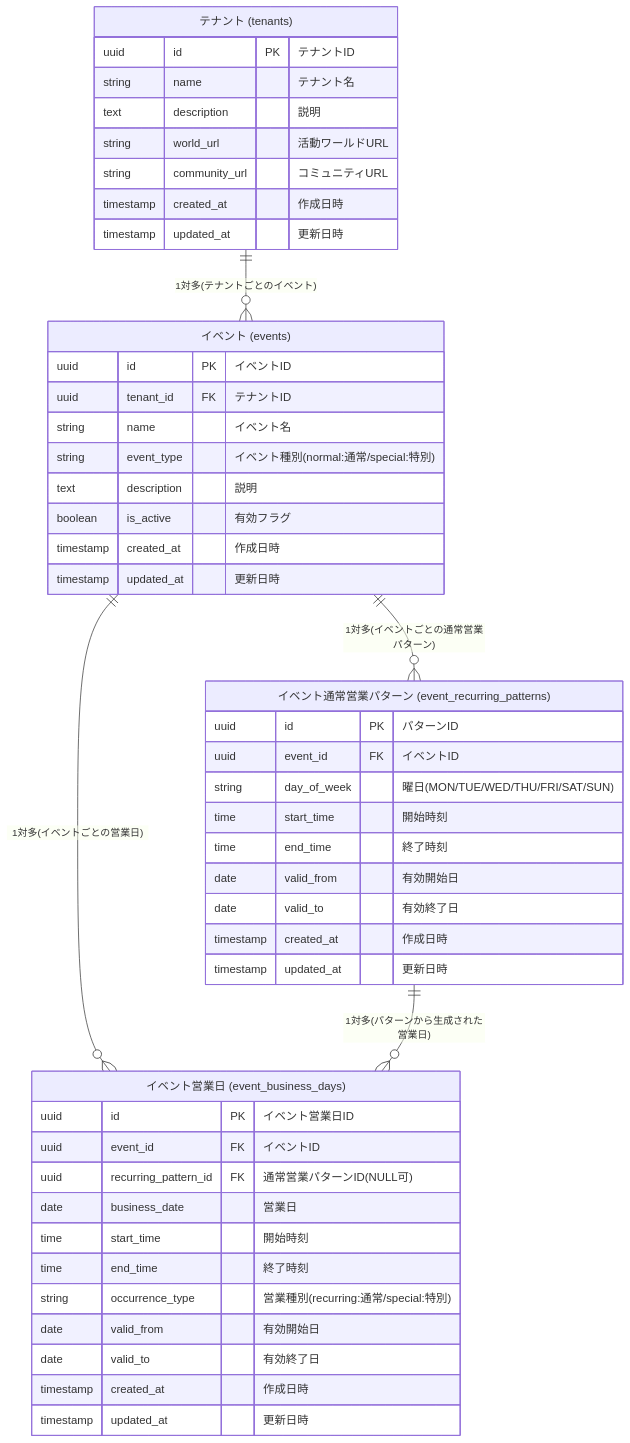
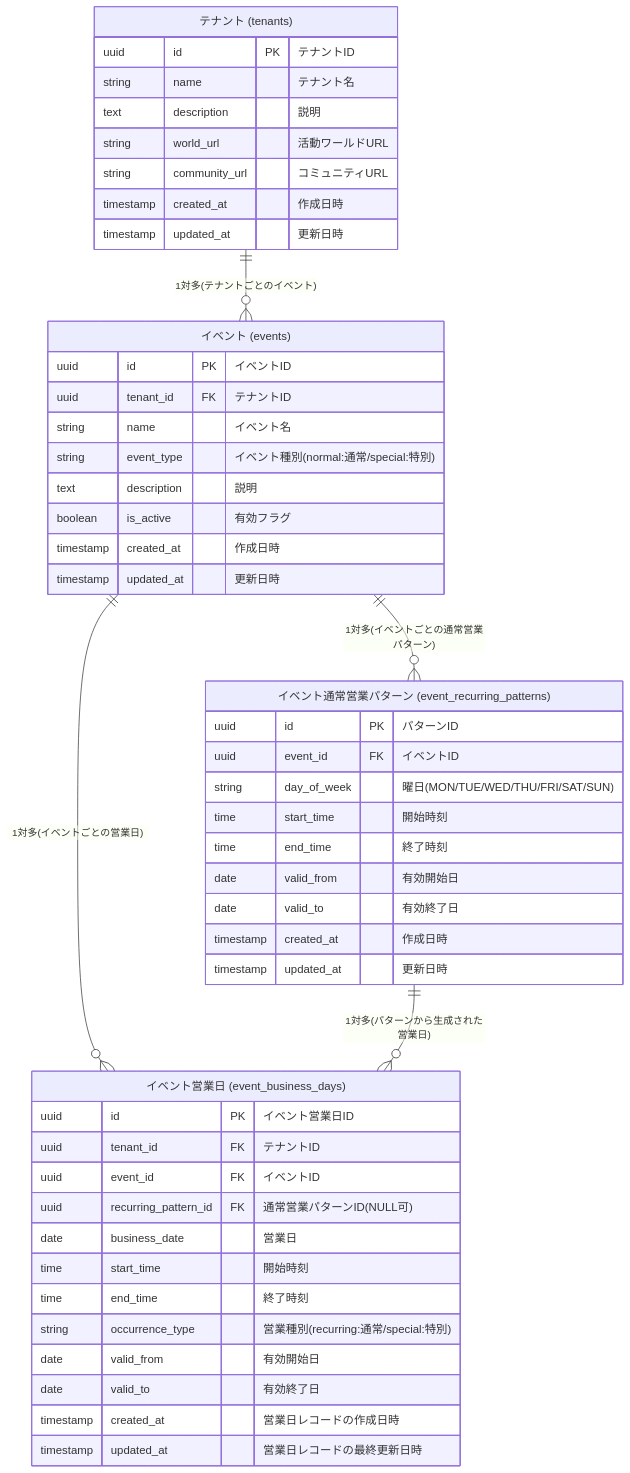
One commit to kento-matsunaga/vrc-shift-scheduler changed the diagram in docs/domain/10_tenant-and-event/データモデル.mdc. Above: the diagram before and after it, drawn with Mermaid. The commit also changed other lines of this file and 10 other files, not shown here.

````diff
--- a/docs/domain/10_tenant-and-event/データモデル.mdc
+++ b/docs/domain/10_tenant-and-event/データモデル.mdc
@@ -96,54 +101,55 @@
 ```mermaid
 erDiagram
     テナント["テナント (tenants)"] {
         uuid id PK "テナントID"
         string name "テナント名"
         text description "説明"
         string world_url "活動ワールドURL"
         string community_url "コミュニティURL"
         timestamp created_at "作成日時"
         timestamp updated_at "更新日時"
     }
 
     イベント["イベント (events)"] {
         uuid id PK "イベントID"
         uuid tenant_id FK "テナントID"
         string name "イベント名"
         string event_type "イベント種別(normal:通常/special:特別)"
         text description "説明"
         boolean is_active "有効フラグ"
         timestamp created_at "作成日時"
         timestamp updated_at "更新日時"
     }
 
     イベント通常営業パターン["イベント通常営業パターン (event_recurring_patterns)"] {
         uuid id PK "パターンID"
         uuid event_id FK "イベントID"
         string day_of_week "曜日(MON/TUE/WED/THU/FRI/SAT/SUN)"
         time start_time "開始時刻"
         time end_time "終了時刻"
         date valid_from "有効開始日"
         date valid_to "有効終了日"
         timestamp created_at "作成日時"
         timestamp updated_at "更新日時"
     }
 
     イベント営業日["イベント営業日 (event_business_days)"] {
         uuid id PK "イベント営業日ID"
+        uuid tenant_id FK "テナントID"
         uuid event_id FK "イベントID"
         uuid recurring_pattern_id FK "通常営業パターンID(NULL可)"
         date business_date "営業日"
         time start_time "開始時刻"
         time end_time "終了時刻"
         string occurrence_type "営業種別(recurring:通常/special:特別)"
         date valid_from "有効開始日"
         date valid_to "有効終了日"
-        timestamp created_at "作成日時"
-        timestamp updated_at "更新日時"
+        timestamp created_at "営業日レコードの作成日時"
+        timestamp updated_at "営業日レコードの最終更新日時"
     }
 
     テナント ||--o{ イベント : "1対多(テナントごとのイベント)"
     イベント ||--o{ イベント通常営業パターン : "1対多(イベントごとの通常営業パターン)"
     イベント ||--o{ イベント営業日 : "1対多(イベントごとの営業日)"
     イベント通常営業パターン ||--o{ イベント営業日 : "1対多(パターンから生成された営業日)"
 ```
````
